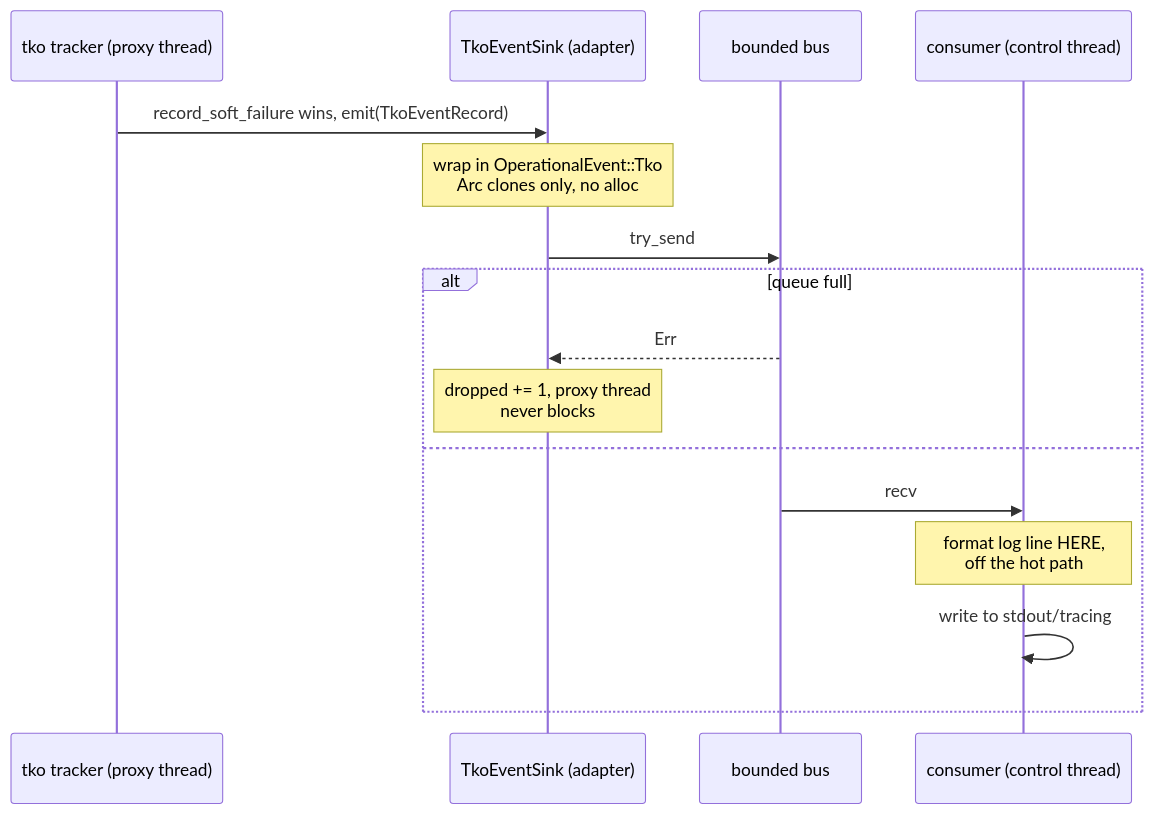
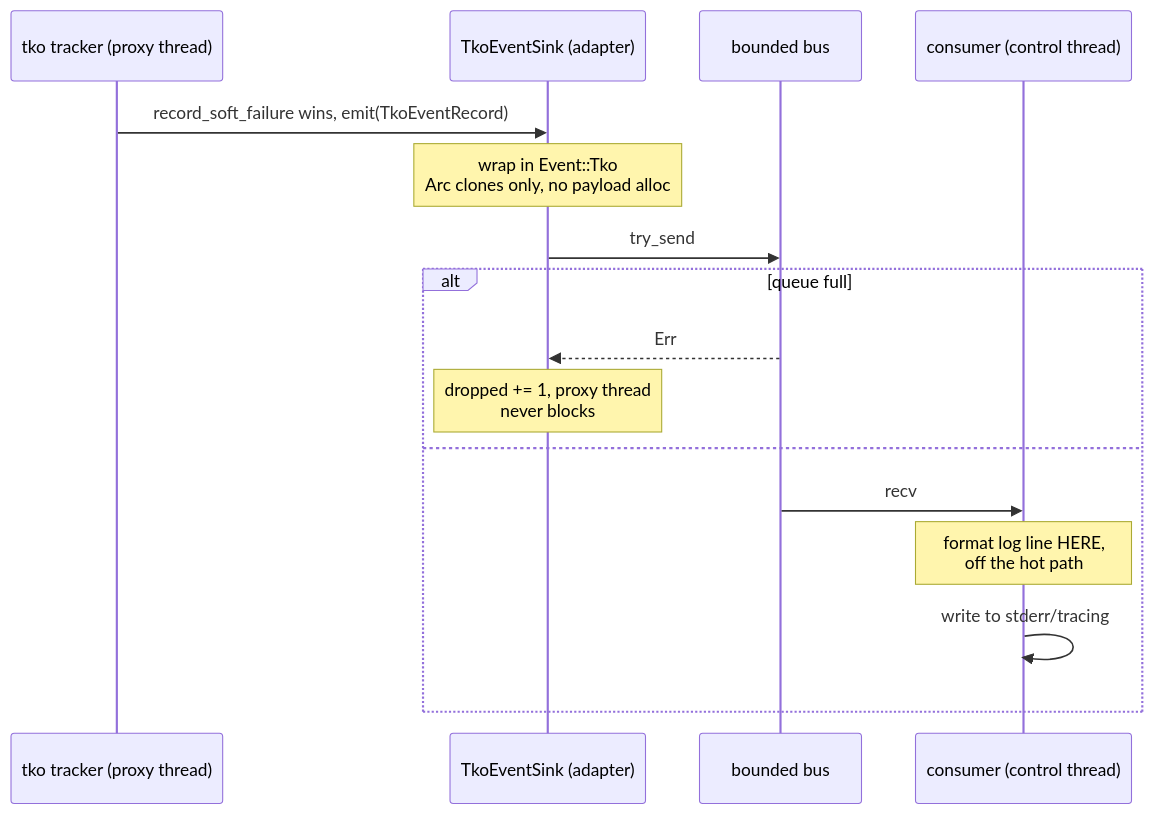
One commit to raydatray/rusty-mcrouter changed the third of 3 diagrams in docs/design/0001-observability.md. Above: the diagram before and after it, drawn with Mermaid. The commit also changed other lines of this file and 1 other file, not shown here.

Commit message:
[11/11][docs] document route graph observability slice

````diff
--- a/docs/design/0001-observability.md
+++ b/docs/design/0001-observability.md
@@ -336,19 +401,19 @@
 ```mermaid
 sequenceDiagram
     participant T as tko tracker (proxy thread)
     participant S as TkoEventSink (adapter)
     participant Q as bounded bus
     participant C as consumer (control thread)
 
     T->>S: record_soft_failure wins, emit(TkoEventRecord)
-    Note over S: wrap in OperationalEvent::Tko<br/>Arc clones only, no alloc
+    Note over S: wrap in Event::Tko<br/>Arc clones only, no payload alloc
     S->>Q: try_send
     alt queue full
         Q-->>S: Err
         Note over S: dropped += 1, proxy thread<br/>never blocks
     else
         Q->>C: recv
         Note over C: format log line HERE,<br/>off the hot path
-        C->>C: write to stdout/tracing
+        C->>C: write to stderr/tracing
     end
 ```
````
